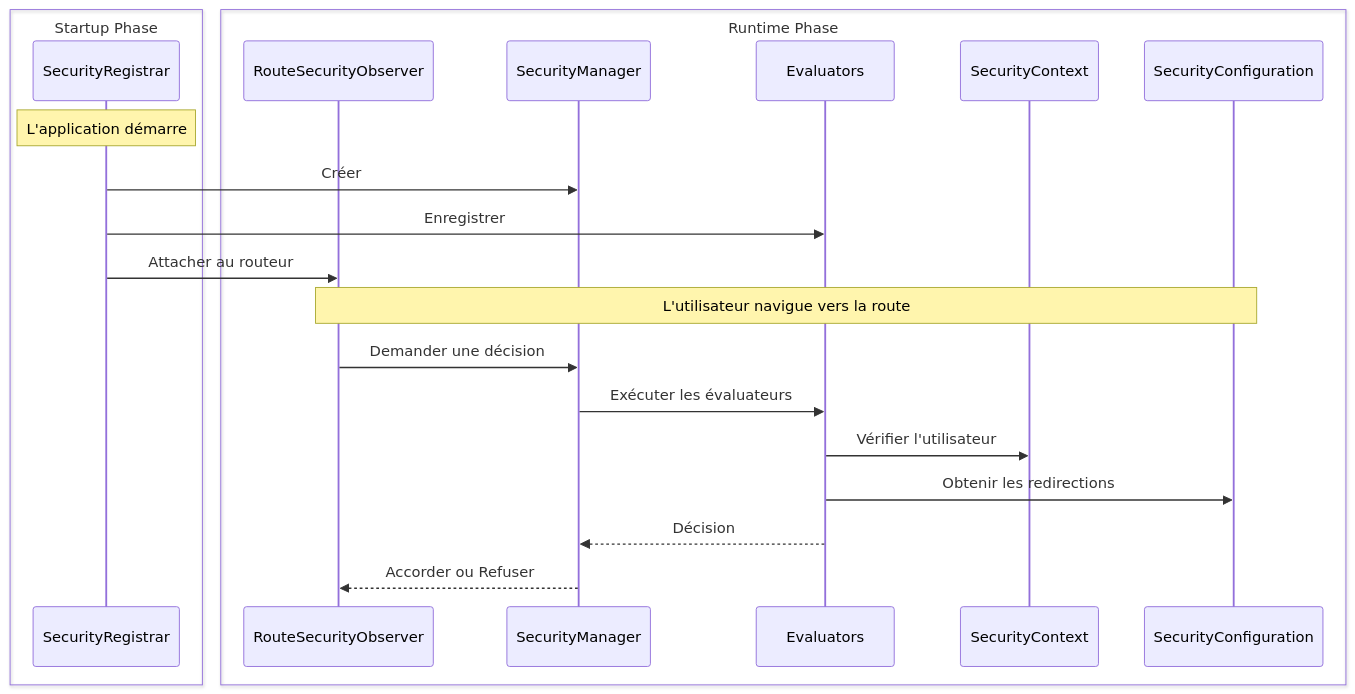
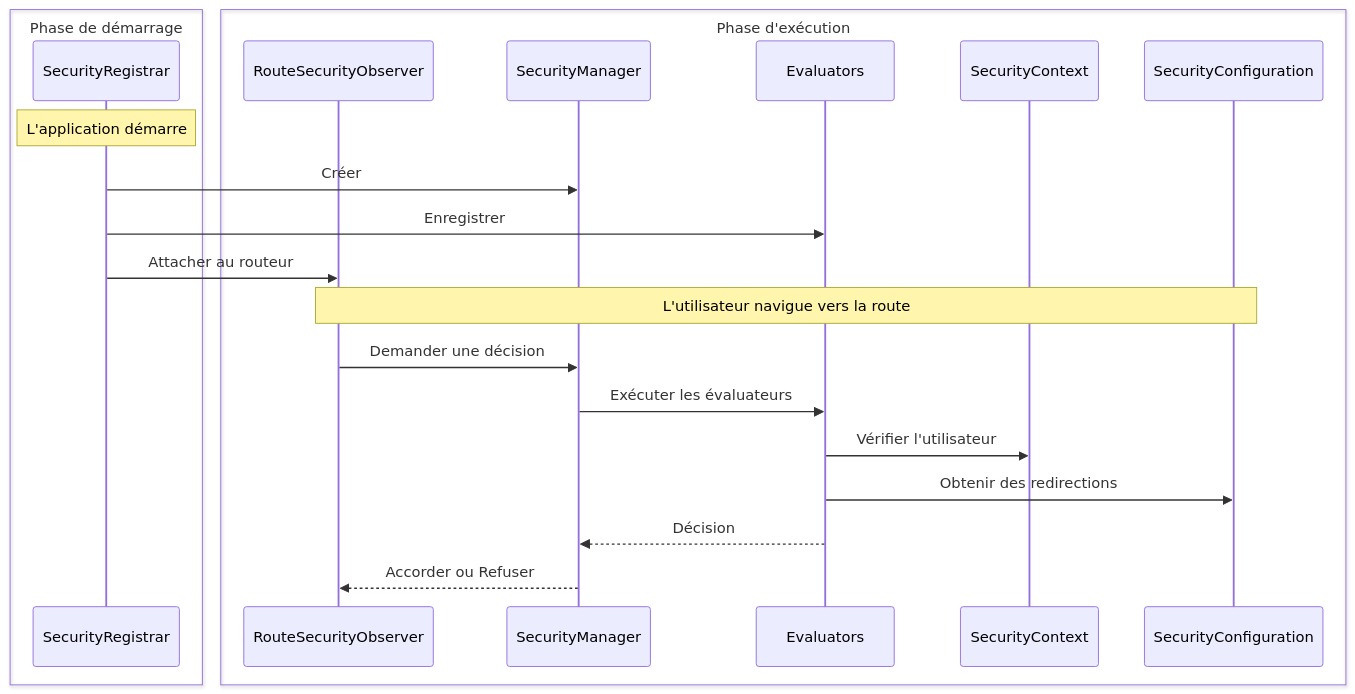
One commit to webforj/webforj-documentation changed the diagram in docs/i18n/fr/docusaurus-plugin-content-docs/current/security/architecture/custom-implementation.md. Above: the diagram before and after it, drawn with Mermaid. The commit also changed other lines of this file and 589 other files, not shown here.

````diff
--- a/docs/i18n/fr/docusaurus-plugin-content-docs/current/security/architecture/custom-implementation.md
+++ b/docs/i18n/fr/docusaurus-plugin-content-docs/current/security/architecture/custom-implementation.md
@@ -28,26 +28,26 @@
 ```mermaid
 sequenceDiagram
-  box Startup Phase
+  box Phase de démarrage
   participant Registrar as SecurityRegistrar
   end
-  box Runtime Phase
+  box Phase d'exécution
   participant Observer as RouteSecurityObserver
   participant Manager as SecurityManager
   participant Evaluators
   participant Context as SecurityContext
   participant Config as SecurityConfiguration
   end
 
   Note over Registrar: L'application démarre
   Registrar->>Manager: Créer
   Registrar->>Evaluators: Enregistrer
   Registrar->>Observer: Attacher au routeur
 
   Note over Observer,Config: L'utilisateur navigue vers la route
   Observer->>Manager: Demander une décision
   Manager->>Evaluators: Exécuter les évaluateurs
   Evaluators->>Context: Vérifier l'utilisateur
-  Evaluators->>Config: Obtenir les redirections
+  Evaluators->>Config: Obtenir des redirections
   Evaluators-->>Manager: Décision
   Manager-->>Observer: Accorder ou Refuser
 ```
````
